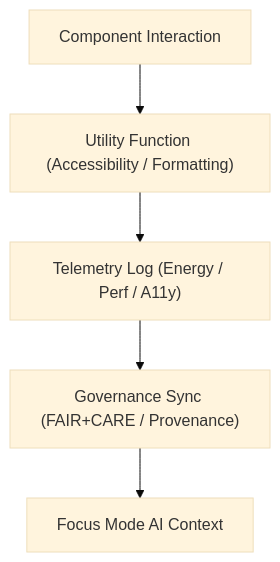
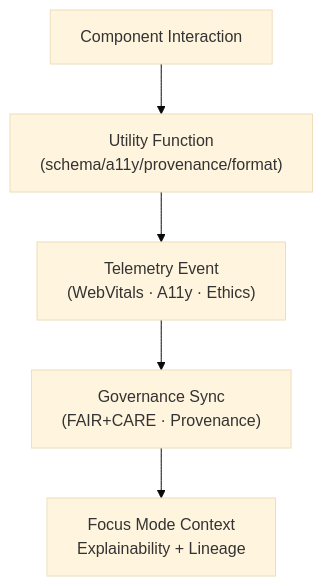
Before and after one commit to bartytime4life/Kansas-Frontier-Matrix: the diagram in web/src/utils/README.md, drawn with Mermaid (base theme). The commit also changed other lines of this file, not shown here.

````diff
--- a/web/src/utils/README.md
+++ b/web/src/utils/README.md
@@ -64,7 +150,7 @@
-```mermaid
+~~~~~mermaid
 flowchart TD
-A["Component Interaction"] --> B["Utility Function (Accessibility / Formatting)"]
-B --> C["Telemetry Log (Energy / Perf / A11y)"]
-C --> D["Governance Sync (FAIR+CARE / Provenance)"]
-D --> E["Focus Mode AI Context"]
-```
+  A["Component Interaction"] --> B["Utility Function<br/>(schema/a11y/provenance/format)"]
+  B --> C["Telemetry Event<br/>(WebVitals · A11y · Ethics)"]
+  C --> D["Governance Sync<br/>(FAIR+CARE · Provenance)"]
+  D --> E["Focus Mode Context<br/>Explainability + Lineage"]
+~~~~~
````
